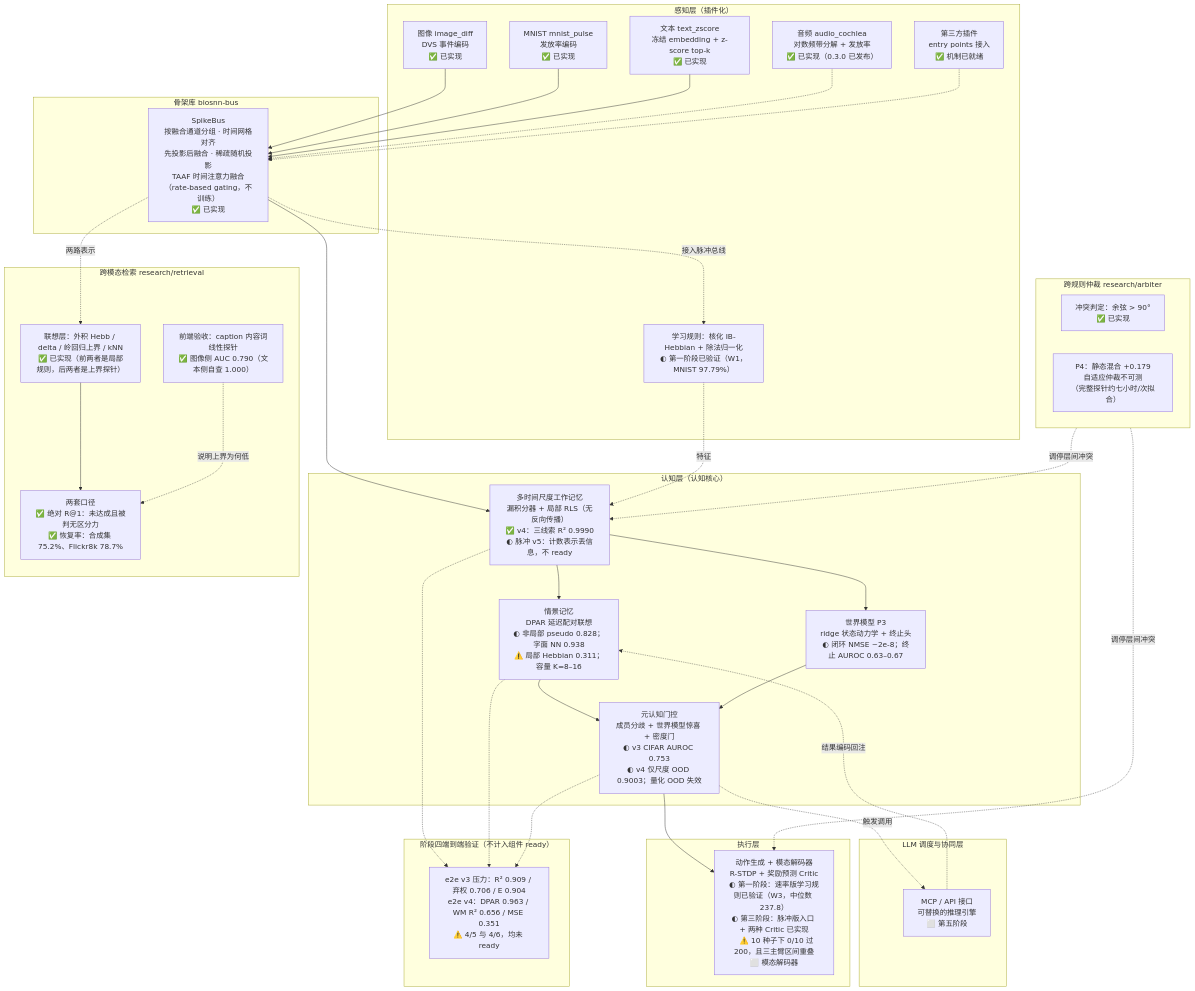
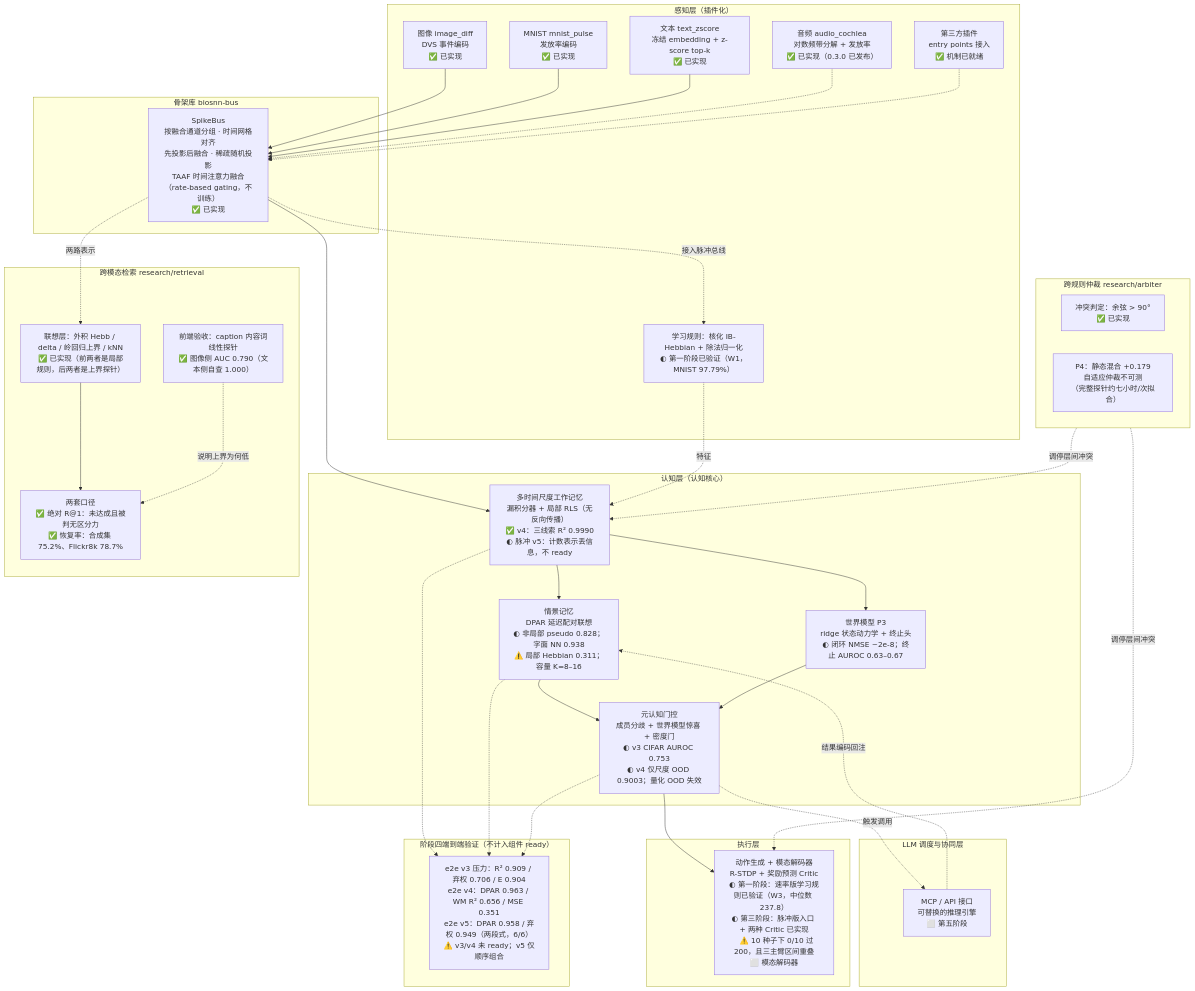
The diagram in README.md (lzmd-arch/BioSNN-Plug), drawn with Mermaid before and after one commit. The commit also changed other lines of this file and 8 other files, not shown here.

Commit message:
阶段四端到端 v5 结果：两段式 6/6 ready，v4 共存干扰保留

````diff
--- a/README.md
+++ b/README.md
@@ -125,71 +125,71 @@
 ```mermaid
 flowchart TB
     subgraph L5["LLM 调度与协同层"]
         MCP["MCP / API 接口<br/>可替换的推理引擎<br/>⬜ 第五阶段"]
     end
 
     subgraph L4["执行层"]
         ACT["动作生成 + 模态解码器<br/>R-STDP + 奖励预测 Critic<br/>◐ 第一阶段：速率版学习规则已验证（W3，中位数 237.8）<br/>◐ 第三阶段：脉冲版入口 + 两种 Critic 已实现<br/>&nbsp;&nbsp;&nbsp;⚠️ 10 种子下 0/10 过 200，且三主臂区间重叠<br/>⬜ 模态解码器"]
     end
 
     subgraph L3["认知层（认知核心）"]
         WM["多时间尺度工作记忆<br/>漏积分器 + 局部 RLS（无反向传播）<br/>✅ v4：三线索 R² 0.9990<br/>◐ 脉冲 v5：计数表示丢信息，不 ready"]
         EM["情景记忆<br/>DPAR 延迟配对联想<br/>◐ 非局部 pseudo 0.828；字面 NN 0.938<br/>⚠️ 局部 Hebbian 0.311；容量 K=8–16"]
         MG["元认知门控<br/>成员分歧 + 世界模型惊喜 + 密度门<br/>◐ v3 CIFAR AUROC 0.753<br/>◐ v4 仅尺度 OOD 0.9003；量化 OOD 失效"]
         WMODEL["世界模型 P3<br/>ridge 状态动力学 + 终止头<br/>◐ 闭环 NMSE ~2e-8；终止 AUROC 0.63–0.67"]
     end
 
     subgraph ARB["跨规则仲裁 research/arbiter"]
         CF["冲突判定：余弦 > 90°<br/>✅ 已实现"]
         ES["P4：静态混合 +0.179<br/>自适应仲裁不可测<br/>（完整探针约七小时/次拟合）"]
     end
 
     subgraph L2["骨架库 biosnn-bus"]
         BUS["SpikeBus<br/>按融合通道分组 · 时间网格对齐<br/>先投影后融合 · 稀疏随机投影<br/>TAAF 时间注意力融合（rate-based gating，不训练）<br/>✅ 已实现"]
     end
 
     subgraph L1["感知层（插件化）"]
         IMG["图像 image_diff<br/>DVS 事件编码<br/>✅ 已实现"]
         MN["MNIST mnist_pulse<br/>发放率编码<br/>✅ 已实现"]
         TXT["文本 text_zscore<br/>冻结 embedding + z-score top-k<br/>✅ 已实现"]
         AUD["音频 audio_cochlea<br/>对数频带分解 + 发放率<br/>✅ 已实现（0.3.0 已发布）"]
         THIRD["第三方插件<br/>entry points 接入<br/>✅ 机制已就绪"]
         HEB["学习规则：核化 IB-Hebbian + 除法归一化<br/>◐ 第一阶段已验证（W1，MNIST 97.79%）"]
     end
 
     IMG --> BUS
     MN --> BUS
     TXT --> BUS
     AUD -.-> BUS
     THIRD -.-> BUS
 
     BUS --> WM
     BUS -.->|接入脉冲总线| HEB
     HEB -.->|特征| WM
     WM --> EM
     WM --> WMODEL
     EM --> MG
     WMODEL --> MG
     MG --> ACT
     MG -.->|触发调用| MCP
     MCP -.->|结果编码回注| EM
     ARB -.->|调停层间冲突| WM
     ARB -.->|调停层间冲突| ACT
 
     subgraph W4["跨模态检索 research/retrieval"]
         FAC["联想层：外积 Hebb / delta / 岭回归上界 / kNN<br/>✅ 已实现（前两者是局部规则，后两者是上界探针）"]
         CRIT["两套口径<br/>✅ 绝对 R@1：未达成且被判无区分力<br/>✅ 恢复率：合成集 75.2%、Flickr8k 78.7%"]
         FE["前端验收：caption 内容词线性探针<br/>✅ 图像侧 AUC 0.790（文本侧自查 1.000）"]
     end
 
     BUS -.->|两路表示| FAC
     FAC --> CRIT
     FE -.->|说明上界为何低| CRIT
 
     subgraph S4["阶段四端到端验证（不计入组件 ready）"]
-        E2E["e2e v3 压力：R² 0.909 / 弃权 0.706 / E 0.904<br/>e2e v4：DPAR 0.963 / WM R² 0.656 / MSE 0.351<br/>⚠️ 4/5 与 4/6，均未 ready"]
+        E2E["e2e v3 压力：R² 0.909 / 弃权 0.706 / E 0.904<br/>e2e v4：DPAR 0.963 / WM R² 0.656 / MSE 0.351<br/>e2e v5：DPAR 0.958 / 弃权 0.949（两段式，6/6）<br/>⚠️ v3/v4 未 ready；v5 仅顺序组合"]
     end
     WM -.-> E2E
     EM -.-> E2E
     MG -.-> E2E
 ```
````
